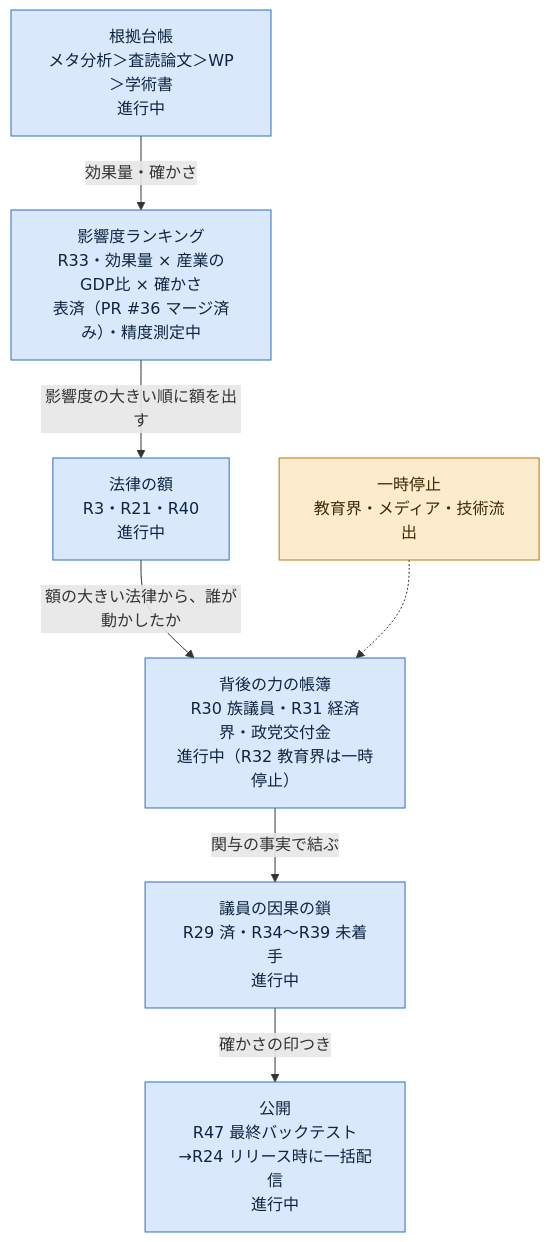
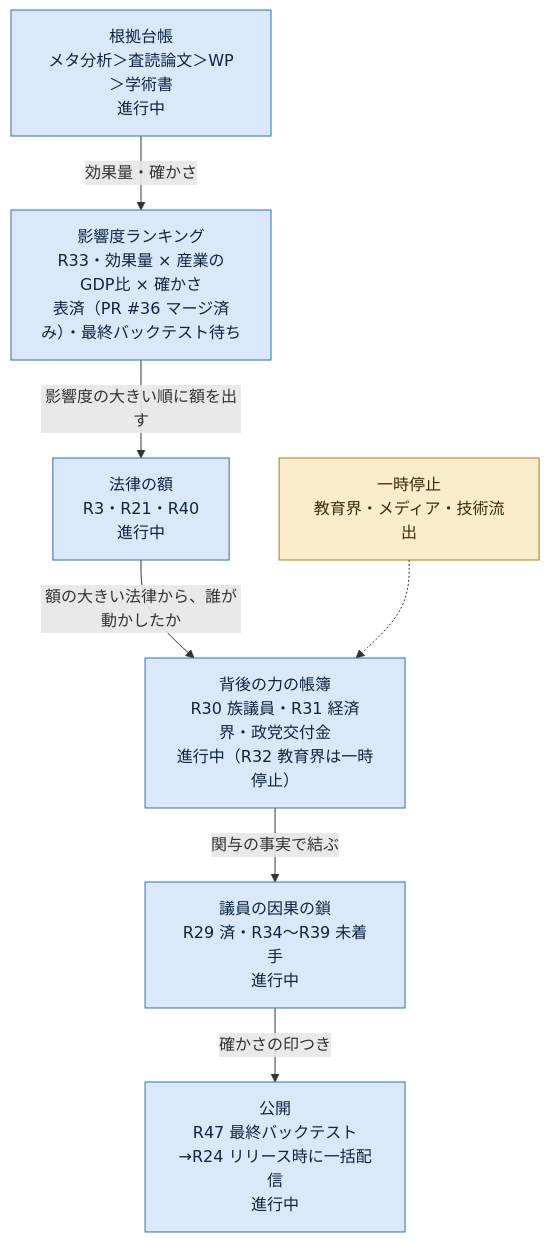
One commit to nexus-ai-2045/public-interest-lens changed the second of 2 diagrams in docs/ロードマップ.md. Above: the diagram before and after it, drawn with Mermaid. The commit also changed other lines of this file, not shown here.

Commit message:
ロードマップの全体図を R56 まで広げ、Mac の片付け完了（R25）と R54 の進みを反映する

````diff
--- a/docs/ロードマップ.md
+++ b/docs/ロードマップ.md
@@ -228,19 +237,19 @@
 ```mermaid
 flowchart TD
   A["根拠台帳<br/>メタ分析＞査読論文＞WP＞学術書<br/>進行中"]:::prog
-  B["影響度ランキング<br/>R33・効果量 × 産業のGDP比 × 確かさ<br/>表済（PR #36 マージ済み）・精度測定中"]:::prog
+  B["影響度ランキング<br/>R33・効果量 × 産業のGDP比 × 確かさ<br/>表済（PR #36 マージ済み）・最終バックテスト待ち"]:::prog
   C["法律の額<br/>R3・R21・R40<br/>進行中"]:::prog
   D["背後の力の帳簿<br/>R30 族議員・R31 経済界・政党交付金<br/>進行中（R32 教育界は一時停止）"]:::prog
   E["議員の因果の鎖<br/>R29 済・R34〜R39 未着手<br/>進行中"]:::prog
   F["公開<br/>R47 最終バックテスト→R24 リリース時に一括配信<br/>進行中"]:::prog
   A -->|"効果量・確かさ"| B
   B -->|"影響度の大きい順に額を出す"| C
   C -->|"額の大きい法律から、誰が動かしたか"| D
   D -->|"関与の事実で結ぶ"| E
   E -->|"確かさの印つき"| F
   P["一時停止<br/>教育界・メディア・技術流出"]:::pause -.-> D
   classDef done fill:#d7efdc,stroke:#2e7d46,color:#102a18
   classDef prog fill:#d9e8fb,stroke:#2f6fc0,color:#0f2542
   classDef pause fill:#fbeccd,stroke:#b27a12,color:#3d2a05
   classDef todo fill:#f1f1f1,stroke:#888,stroke-dasharray:4 3,color:#222
 ```
````
